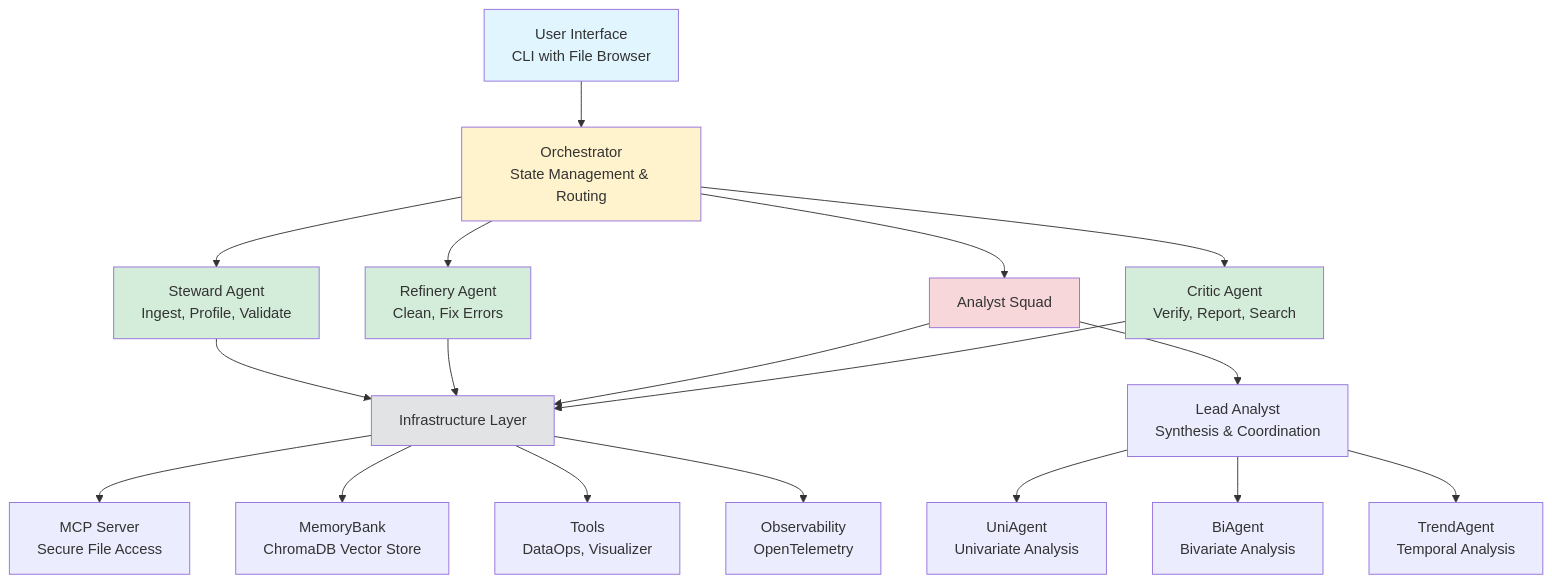
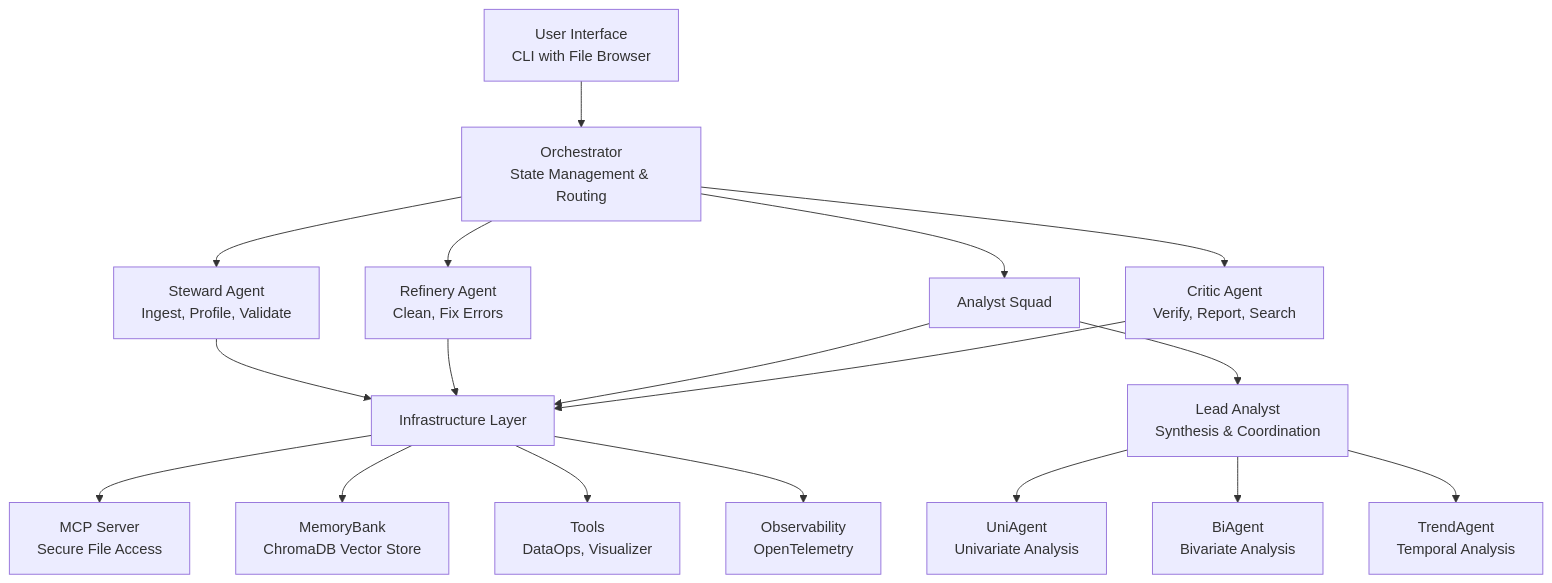
The second of 7 diagrams in README.md (Vijay-Kiran-R/Data-Guild), drawn with Mermaid before and after one commit. The commit also changed other lines of this file, not shown here.

````diff
--- a/README.md
+++ b/README.md
@@ -99,34 +99,28 @@
 ```mermaid
 graph TB
     UI[User Interface<br/>CLI with File Browser]
     
     UI --> ORC[Orchestrator<br/>State Management & Routing]
     
     ORC --> STEW[Steward Agent<br/>Ingest, Profile, Validate]
     ORC --> REF[Refinery Agent<br/>Clean, Fix Errors]
     ORC --> SQUAD[Analyst Squad]
     ORC --> CRIT[Critic Agent<br/>Verify, Report, Search]
     
     SQUAD --> LEAD[Lead Analyst<br/>Synthesis & Coordination]
     LEAD --> UNI[UniAgent<br/>Univariate Analysis]
     LEAD --> BI[BiAgent<br/>Bivariate Analysis]
     LEAD --> TREND[TrendAgent<br/>Temporal Analysis]
     
     STEW --> INFRA[Infrastructure Layer]
     REF --> INFRA
     SQUAD --> INFRA
     CRIT --> INFRA
     
     INFRA --> MCP[MCP Server<br/>Secure File Access]
     INFRA --> MEM[MemoryBank<br/>ChromaDB Vector Store]
     INFRA --> TOOLS[Tools<br/>DataOps, Visualizer]
     INFRA --> OBS[Observability<br/>OpenTelemetry]
     
-    style UI fill:#e1f5ff
-    style ORC fill:#fff3cd
-    style STEW fill:#d4edda
-    style REF fill:#d4edda
-    style SQUAD fill:#f8d7da
-    style CRIT fill:#d4edda
-    style INFRA fill:#e2e3e5
+   
 ```
````
